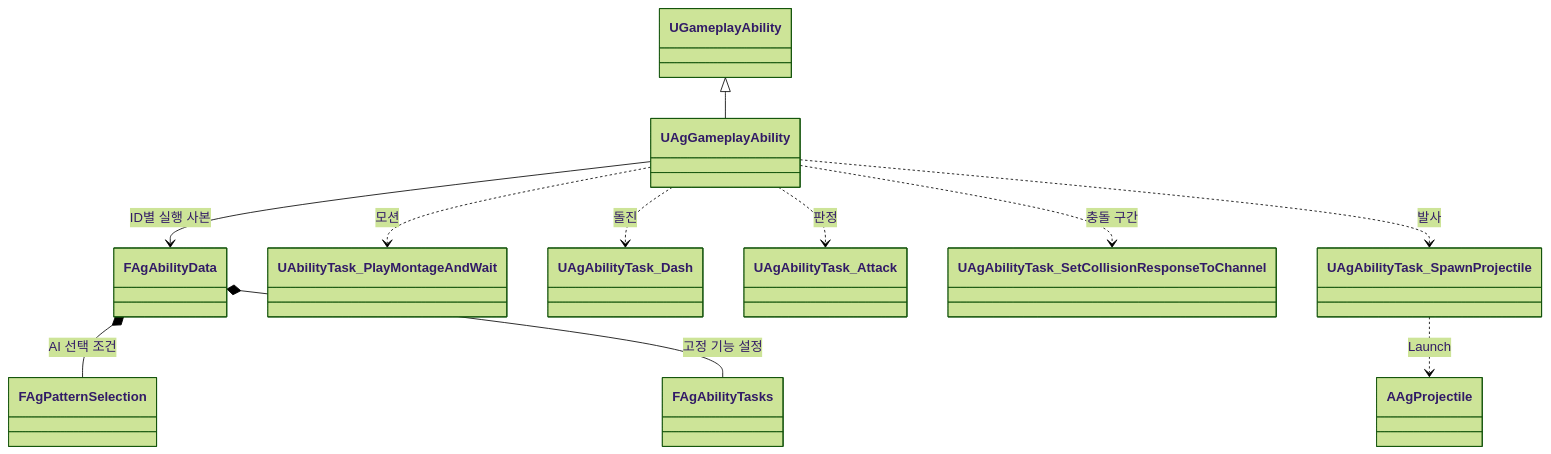
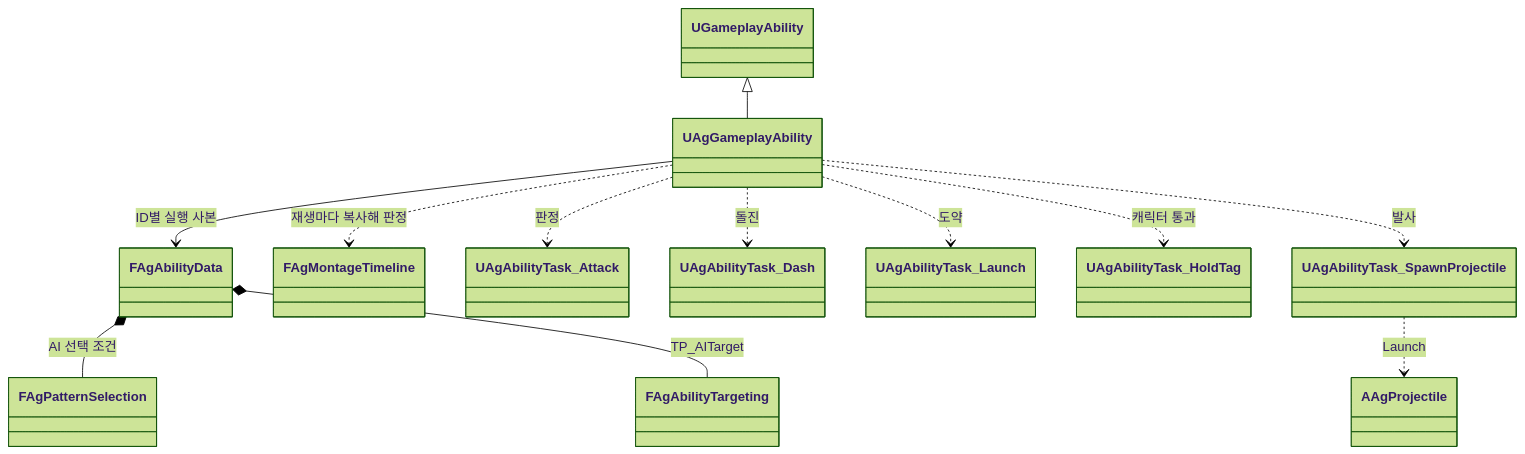
One commit to Woogl/Ag changed the second of 3 diagrams in Docs/Program/보스.md. Above: the diagram before and after it, drawn with Mermaid (forest theme). The commit also changed other lines of this file and 15 other files, not shown here.

````diff
--- a/Docs/Program/보스.md
+++ b/Docs/Program/보스.md
@@ -84,13 +84,14 @@
 ```mermaid
 classDiagram
     UGameplayAbility <|-- UAgGameplayAbility
     UAgGameplayAbility --> FAgAbilityData : ID별 실행 사본
     FAgAbilityData *-- FAgPatternSelection : AI 선택 조건
-    FAgAbilityData *-- FAgAbilityTasks : 고정 기능 설정
-    UAgGameplayAbility ..> UAbilityTask_PlayMontageAndWait : 모션
+    FAgAbilityData *-- FAgAbilityTargeting : TP_AITarget
+    UAgGameplayAbility ..> FAgMontageTimeline : 재생마다 복사해 판정
+    UAgGameplayAbility ..> UAgAbilityTask_Attack : 판정
     UAgGameplayAbility ..> UAgAbilityTask_Dash : 돌진
-    UAgGameplayAbility ..> UAgAbilityTask_Attack : 판정
-    UAgGameplayAbility ..> UAgAbilityTask_SetCollisionResponseToChannel : 충돌 구간
+    UAgGameplayAbility ..> UAgAbilityTask_Launch : 도약
+    UAgGameplayAbility ..> UAgAbilityTask_HoldTag : 캐릭터 통과
     UAgGameplayAbility ..> UAgAbilityTask_SpawnProjectile : 발사
     UAgAbilityTask_SpawnProjectile ..> AAgProjectile : Launch
 ```
````
